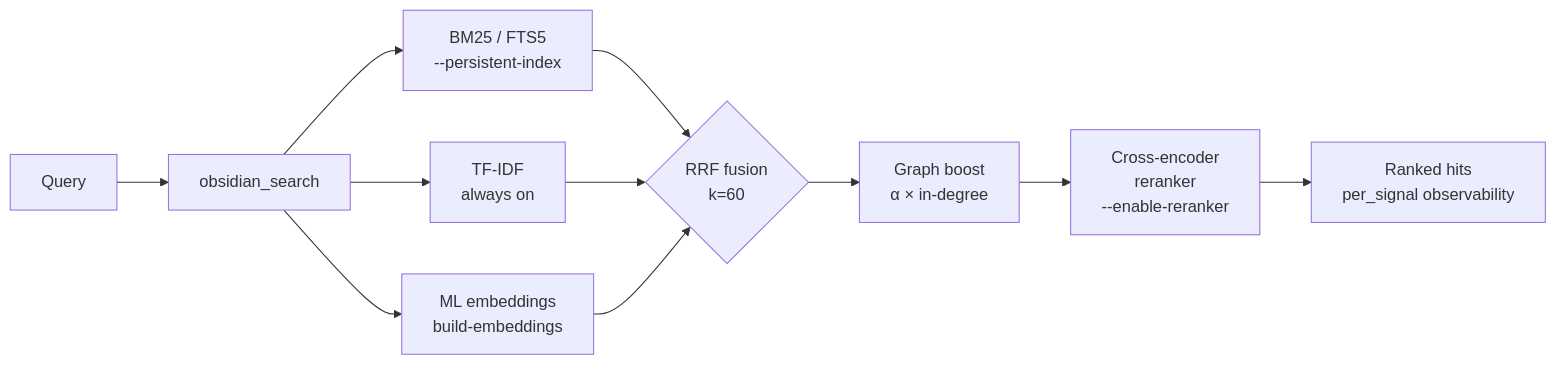
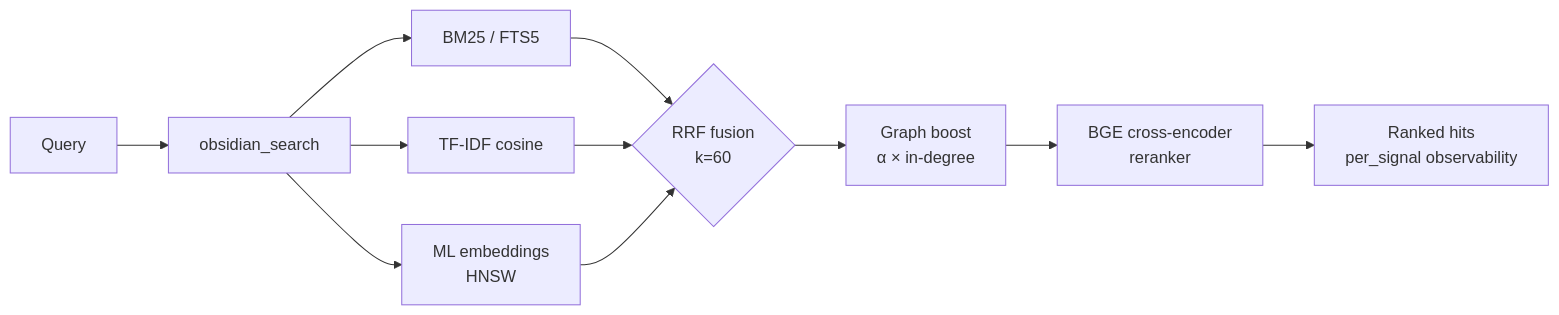
One commit to oomkapwn/enquire-mcp changed the diagram in README.md. Above: the diagram before and after it, drawn with Mermaid. The commit also changed other lines of this file and 1 other file, not shown here.

````diff
--- a/README.md
+++ b/README.md
@@ -85,14 +96,13 @@
 ```mermaid
 graph LR
-    Q[Query]
-    Q --> S[obsidian_search]
-    S --> BM25[BM25 / FTS5<br/>--persistent-index]
-    S --> TFIDF[TF-IDF<br/>always on]
-    S --> EMB[ML embeddings<br/>build-embeddings]
+    Q[Query] --> S[obsidian_search]
+    S --> BM25[BM25 / FTS5]
+    S --> TFIDF[TF-IDF cosine]
+    S --> EMB[ML embeddings<br/>HNSW]
     BM25 --> RRF{RRF fusion<br/>k=60}
     TFIDF --> RRF
     EMB --> RRF
     RRF --> GB[Graph boost<br/>α × in-degree]
-    GB --> RR[Cross-encoder<br/>reranker<br/>--enable-reranker]
+    GB --> RR[BGE cross-encoder<br/>reranker]
     RR --> R[Ranked hits<br/>per_signal observability]
 ```
````
